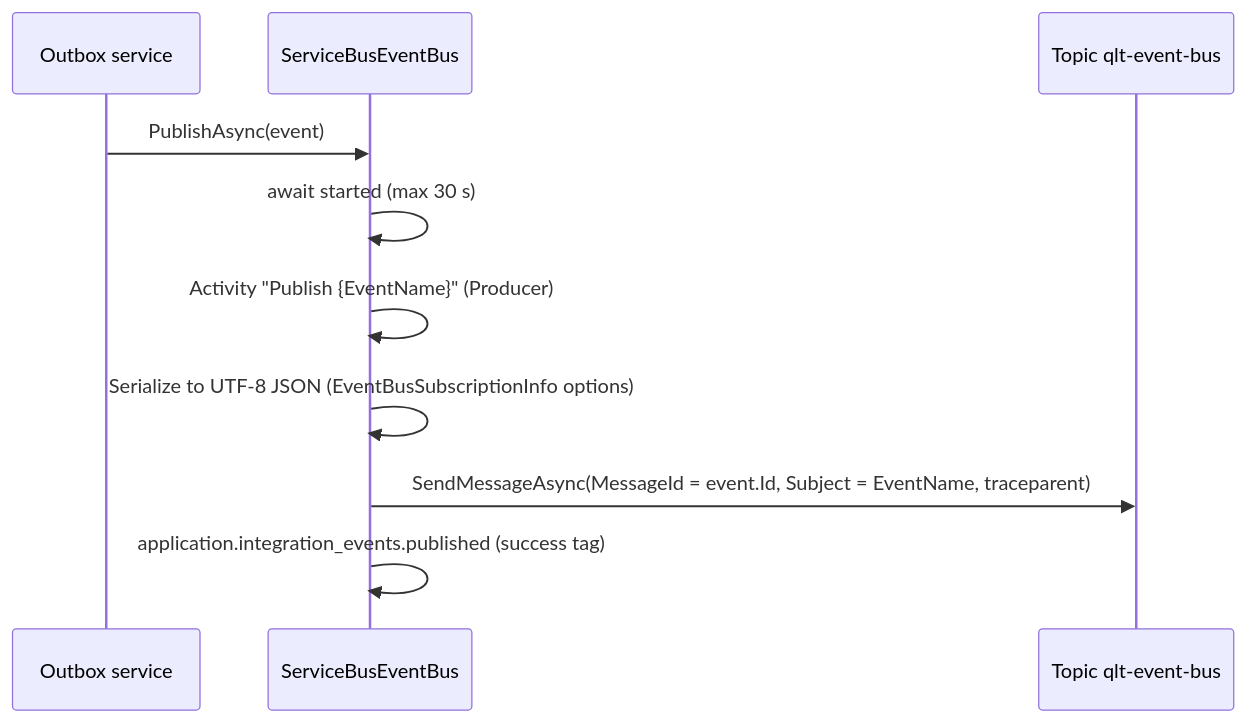
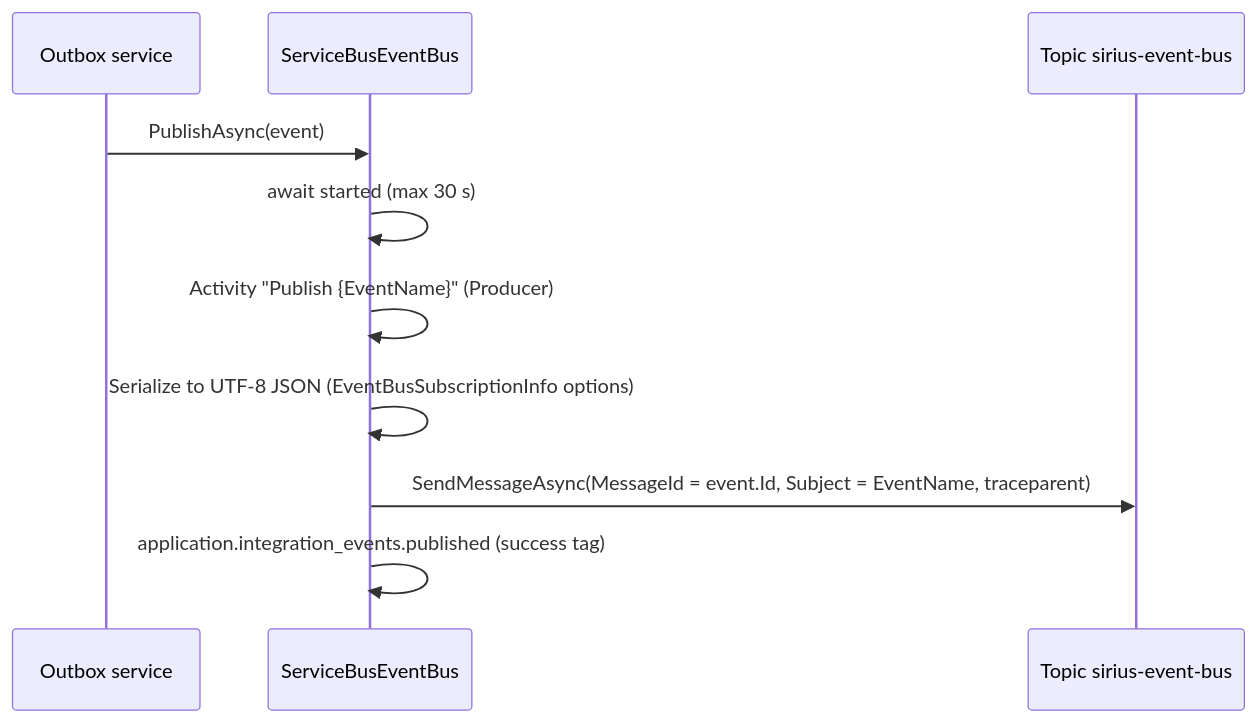
One commit to miquelalcaraz/Labs.ServicePlatform changed the third of 4 diagrams in docs/architecture/07-event-bus.md. Above: the diagram before and after it, drawn with Mermaid. The commit also changed other lines of this file and 1116 other files, not shown here.

````diff
--- a/docs/architecture/07-event-bus.md
+++ b/docs/architecture/07-event-bus.md
@@ -112,13 +112,13 @@
 ```mermaid
 sequenceDiagram
     participant OB as Outbox service
     participant SB as ServiceBusEventBus
-    participant T as Topic qlt-event-bus
+    participant T as Topic sirius-event-bus
 
     OB->>SB: PublishAsync(event)
     SB->>SB: await started (max 30 s)
     SB->>SB: Activity "Publish {EventName}" (Producer)
     SB->>SB: Serialize to UTF-8 JSON (EventBusSubscriptionInfo options)
     SB->>T: SendMessageAsync(MessageId = event.Id, Subject = EventName, traceparent)
     SB->>SB: application.integration_events.published (success tag)
 ```
````
